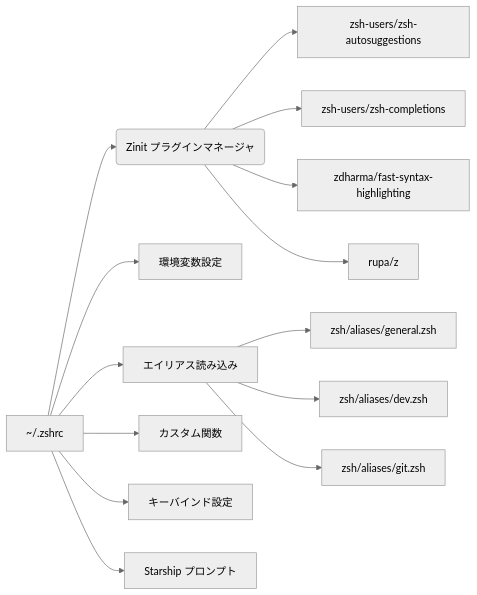
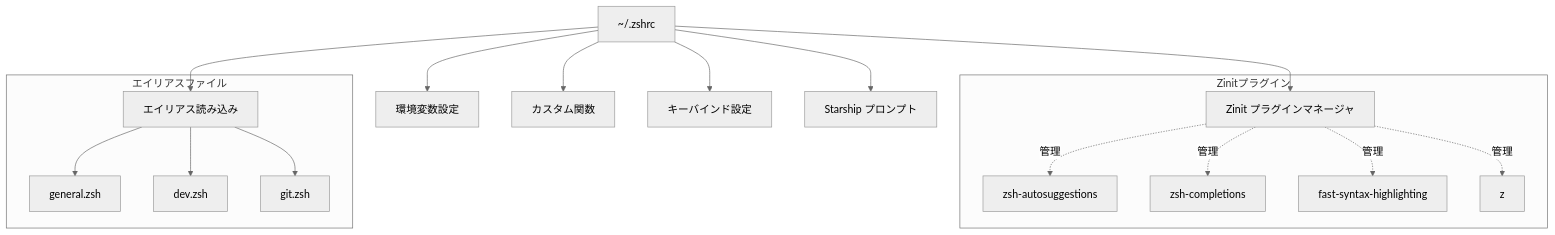
Before and after one commit to stakaya/dotfiles: the second of 6 diagrams in doc/spec.ja.md, drawn with Mermaid (neutral theme). The commit also changed other lines of this file, not shown here.

First line of the commit message:
fix: improve diagram clarity and structure in Japanese spec document

````diff
--- a/doc/spec.ja.md
+++ b/doc/spec.ja.md
@@ -72,16 +76,22 @@
 ```mermaid
-graph LR
-    A[~/.zshrc] --> B(Zinit プラグインマネージャ)
+graph TB
+    A[~/.zshrc] --> B[Zinit プラグインマネージャ]
     A --> C[環境変数設定]
     A --> D[エイリアス読み込み]
     A --> E[カスタム関数]
     A --> F[キーバインド設定]
     A --> G[Starship プロンプト]
-    B --> H[zsh-users/zsh-autosuggestions]
-    B --> I[zsh-users/zsh-completions]
-    B --> J[zdharma/fast-syntax-highlighting]
-    B --> K[rupa/z]
-    D --> L[zsh/aliases/general.zsh]
-    D --> M[zsh/aliases/dev.zsh]
-    D --> N[zsh/aliases/git.zsh]
+    
+    subgraph "Zinitプラグイン"
+        B -.管理.-> H[zsh-autosuggestions]
+        B -.管理.-> I[zsh-completions]
+        B -.管理.-> J[fast-syntax-highlighting]
+        B -.管理.-> K[z]
+    end
+    
+    subgraph "エイリアスファイル"
+        D --> L[general.zsh]
+        D --> M[dev.zsh]
+        D --> N[git.zsh]
+    end
 ```
````
